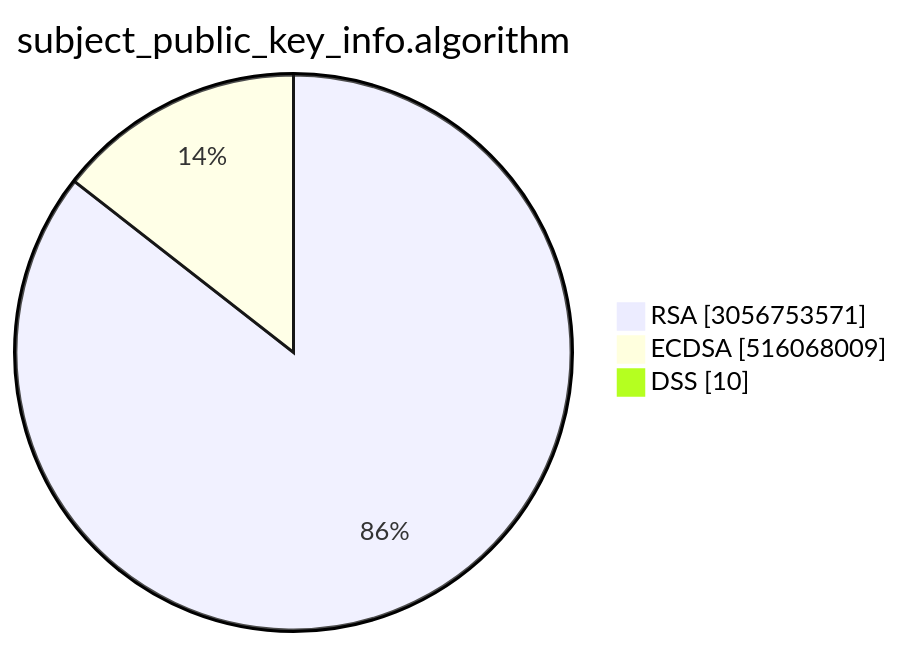
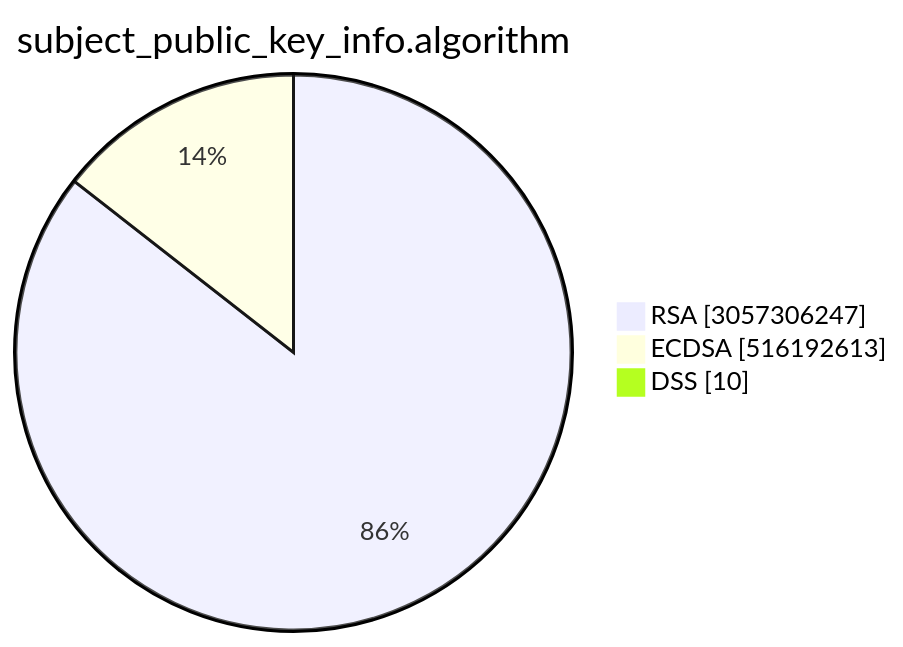
One commit to christiankrug/ctmonitor_visualization changed the second of 15 diagrams in TOTAL/README.md. Above: the diagram before and after it, drawn with Mermaid. The commit also changed other lines of this file, not shown here.

````diff
--- a/TOTAL/README.md
+++ b/TOTAL/README.md
@@ -6,7 +6,7 @@
 ```mermaid
 pie showData
 title subject_public_key_info.algorithm
-"RSA" :3056753571
-"ECDSA" :516068009
+"RSA" :3057306247
+"ECDSA" :516192613
 "DSS" :10
 ```
````
